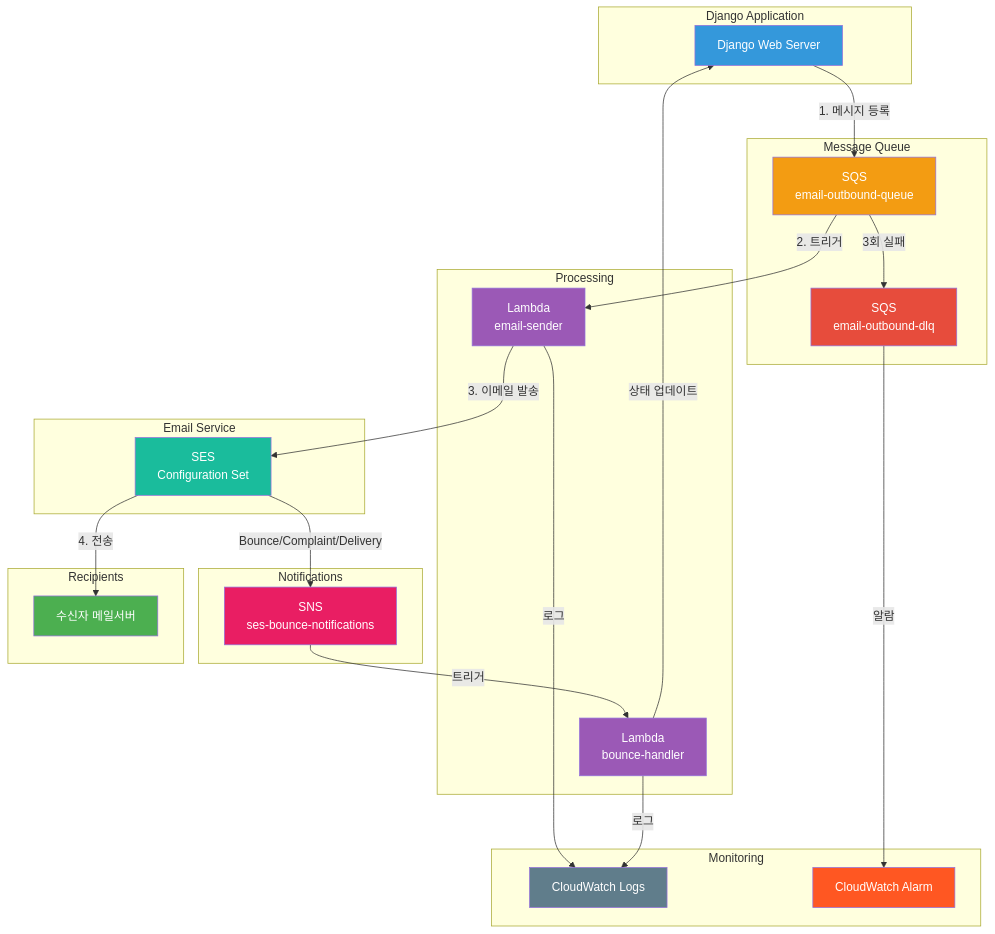
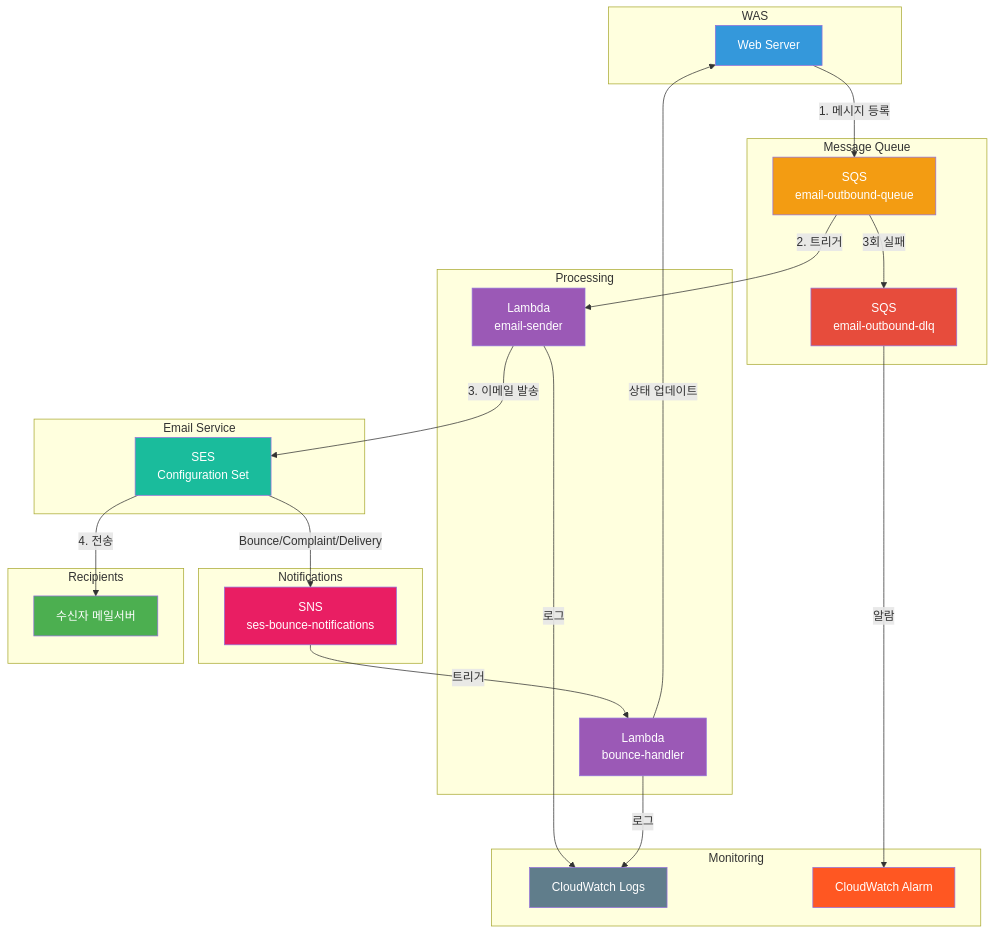
Before and after one commit to RRT3333/ses-email-service: the diagram in README.md, drawn with Mermaid. The commit also changed other lines of this file and 2 other files, not shown here.

Commit message:
fix: fixed typo in stack name

````diff
--- a/README.md
+++ b/README.md
@@ -23,64 +23,64 @@
 ```mermaid
 graph TD
-    subgraph "Django Application"
-        A[Django Web Server]
+    subgraph "WAS"
+        A[Web Server]
     end
 
     subgraph "Message Queue"
         B[SQS<br/>email-outbound-queue]
         C[SQS<br/>email-outbound-dlq]
     end
 
     subgraph "Processing"
         D[Lambda<br/>email-sender]
         E[Lambda<br/>bounce-handler]
     end
 
     subgraph "Email Service"
         F[SES<br/>Configuration Set]
     end
 
     subgraph "Notifications"
         G[SNS<br/>ses-bounce-notifications]
     end
 
     subgraph "Monitoring"
         H[CloudWatch Logs]
         I[CloudWatch Alarm]
     end
 
     subgraph "Recipients"
         J[수신자 메일서버]
     end
 
     %% 정상 발송 흐름
     A -->|1. 메시지 등록| B
     B -->|2. 트리거| D
     D -->|3. 이메일 발송| F
     F -->|4. 전송| J
 
     %% 실패 처리
     B -->|3회 실패| C
     C -->|알람| I
 
     %% 이벤트 처리
     F -->|Bounce/Complaint/Delivery| G
     G -->|트리거| E
     E -->|상태 업데이트| A
 
     %% 로깅
     D -->|로그| H
     E -->|로그| H
 
     %% 스타일
     style A fill:#3498db,color:#fff
     style B fill:#f39c12,color:#fff
     style C fill:#e74c3c,color:#fff
     style D fill:#9b59b6,color:#fff
     style E fill:#9b59b6,color:#fff
     style F fill:#1abc9c,color:#fff
     style G fill:#e91e63,color:#fff
     style H fill:#607d8b,color:#fff
     style I fill:#ff5722,color:#fff
     style J fill:#4caf50,color:#fff
 ```
````
